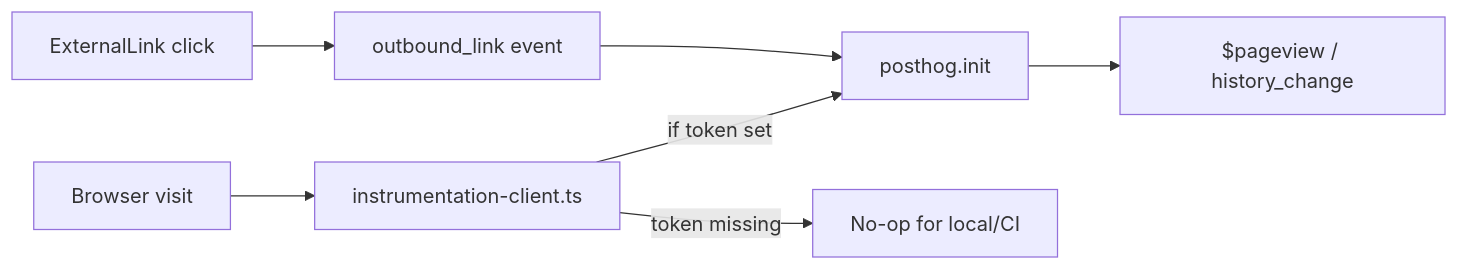
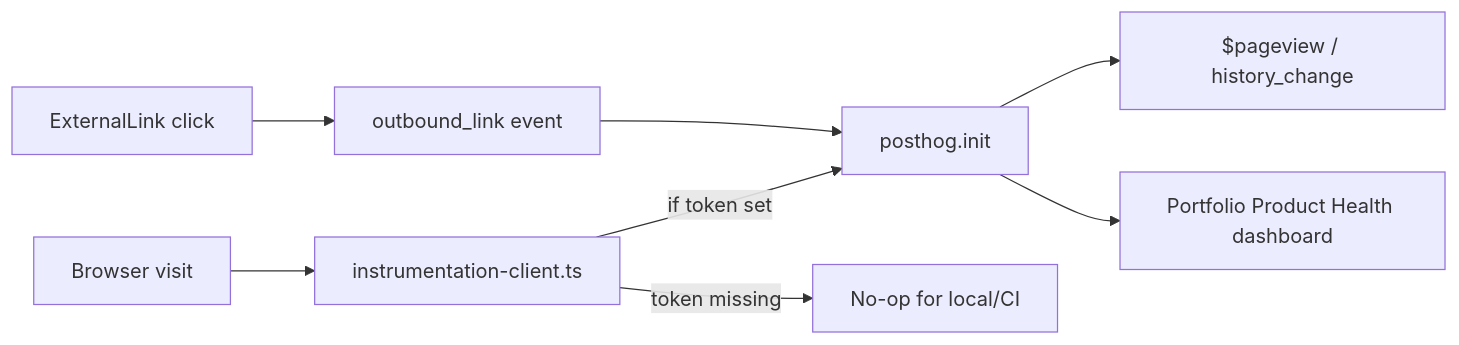
The diagram in .cursor/plans/2026-08-10-portfolio-posthog-analytics.plan.md (mastermichaelt/portfolio), drawn with Mermaid before and after one commit. The commit also changed other lines of this file, not shown here.

First line of the commit message:
docs(plans): add PostHog dashboard slice to portfolio analytics plan

````diff
--- a/.cursor/plans/2026-08-10-portfolio-posthog-analytics.plan.md
+++ b/.cursor/plans/2026-08-10-portfolio-posthog-analytics.plan.md
@@ -51,9 +55,10 @@
 ```mermaid
 flowchart LR
   visit[Browser visit] --> instr[instrumentation-client.ts]
   instr -->|if token set| phInit[posthog.init]
   phInit --> pageviews["$pageview / history_change"]
   nav[ExternalLink click] --> outbound[outbound_link event]
   outbound --> phInit
   instr -->|token missing| noop[No-op for local/CI]
+  phInit --> dashboard[Portfolio Product Health dashboard]
 ```
````
